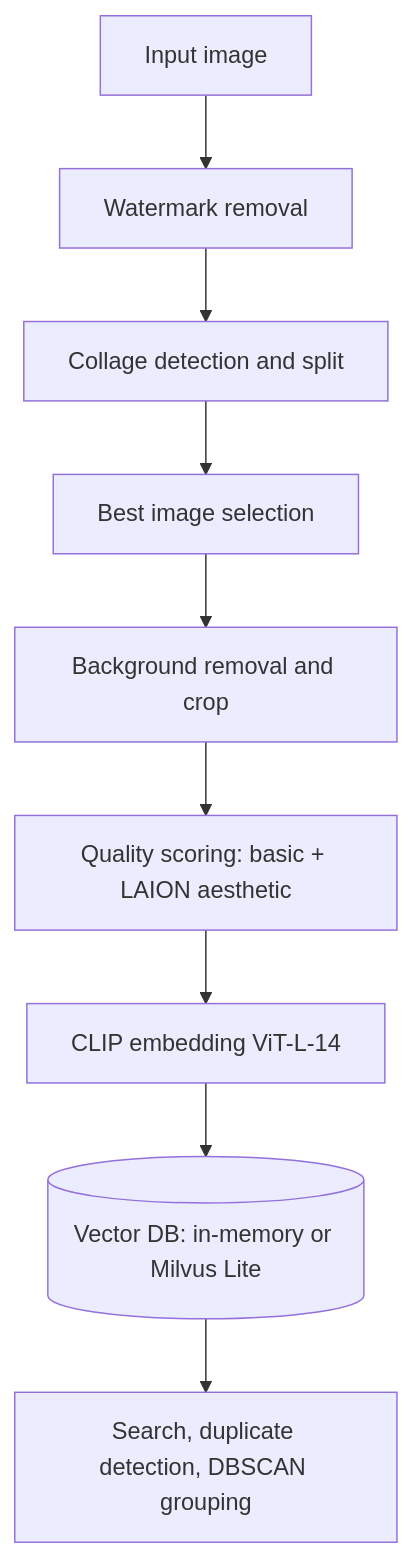
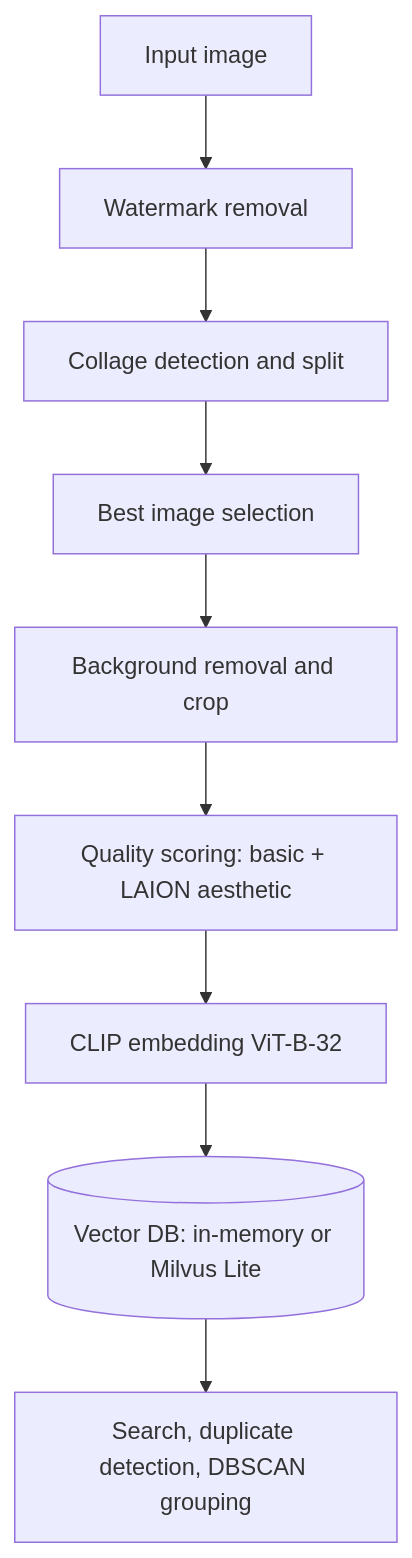
The diagram in README.md (WKCheng-Ricky/ProductImageProcessSystem), drawn with Mermaid before and after one commit. The commit also changed other lines of this file and 9 other files, not shown here.

````diff
--- a/README.md
+++ b/README.md
@@ -147,11 +147,11 @@
 ```mermaid
 flowchart TD
     A[Input image] --> B[Watermark removal]
     B --> C[Collage detection and split]
     C --> D[Best image selection]
     D --> E[Background removal and crop]
     E --> F[Quality scoring: basic + LAION aesthetic]
-    F --> G[CLIP embedding ViT-L-14]
+    F --> G[CLIP embedding ViT-B-32]
     G --> H[(Vector DB: in-memory or Milvus Lite)]
     H --> I[Search, duplicate detection, DBSCAN grouping]
 ```
````
